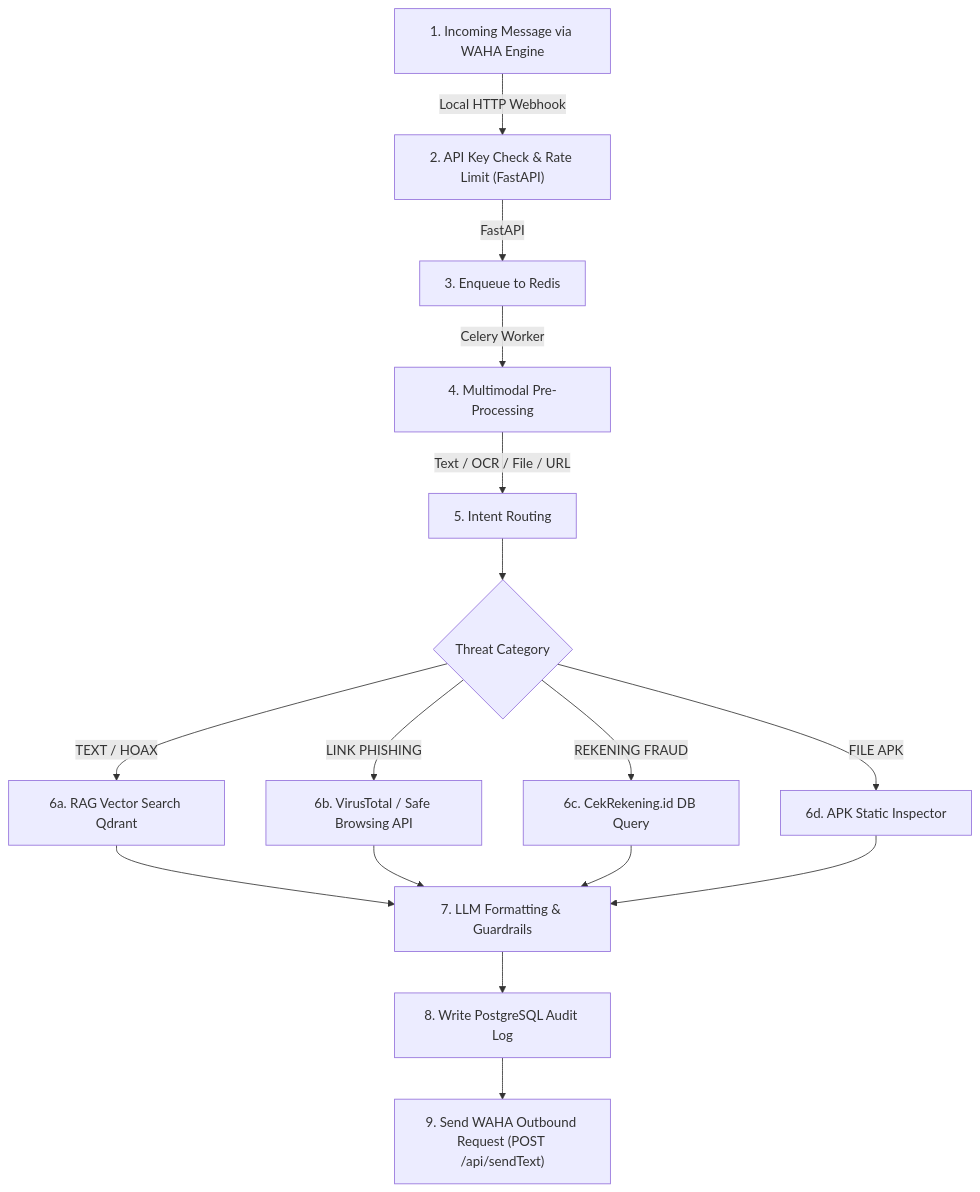
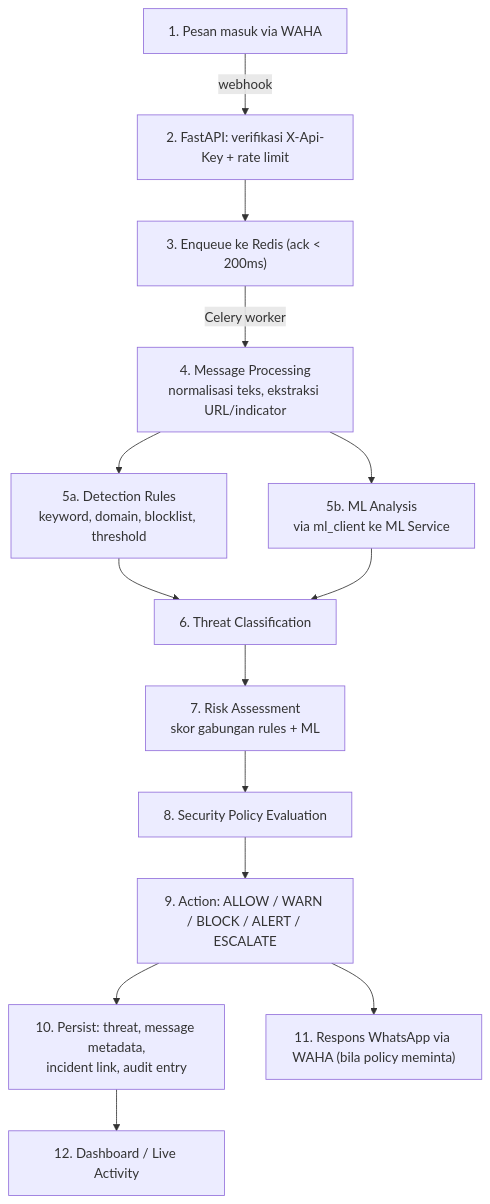
Before and after one commit to dendik-creation/jawara-bot-ai: the diagram in obsidian-docs/Gemastik 2026 - Software Dev/02_Architecture/02_Data_Pipeline.md, drawn with Mermaid. The commit also changed other lines of this file and 44 other files, not shown here.

````diff
--- a/obsidian-docs/Gemastik 2026 - Software Dev/02_Architecture/02_Data_Pipeline.md
+++ b/obsidian-docs/Gemastik 2026 - Software Dev/02_Architecture/02_Data_Pipeline.md
@@ -9,21 +35,16 @@
 ```mermaid
 flowchart TD
-    A["1. Incoming Message via WAHA Engine"] -->|Local HTTP Webhook| B["2. API Key Check & Rate Limit (FastAPI)"]
-    B -->|FastAPI| C["3. Enqueue to Redis"]
-    C -->|Celery Worker| D["4. Multimodal Pre-Processing"]
-    D -->|Text / OCR / File / URL| E["5. Intent Routing"]
-    E --> F{"Threat Category"}
-
-    F -- TEXT / HOAX --> G["6a. RAG Vector Search Qdrant"]
-    F -- LINK PHISHING --> G2["6b. VirusTotal / Safe Browsing API"]
-    F -- REKENING FRAUD --> G3["6c. CekRekening.id DB Query"]
-    F -- FILE APK --> G4["6d. APK Static Inspector"]
-
-    G --> H["7. LLM Formatting & Guardrails"]
-    G2 --> H
-    G3 --> H
-    G4 --> H
-
-    H --> I["8. Write PostgreSQL Audit Log"]
-    I --> J["9. Send WAHA Outbound Request (POST /api/sendText)"]
+    A["1. Pesan masuk via WAHA"] -->|webhook| B["2. FastAPI: verifikasi X-Api-Key + rate limit"]
+    B --> C["3. Enqueue ke Redis (ack < 200ms)"]
+    C -->|Celery worker| D["4. Message Processing<br/>normalisasi teks, ekstraksi URL/indicator"]
+    D --> E1["5a. Detection Rules<br/>keyword, domain, blocklist, threshold"]
+    D --> E2["5b. ML Analysis<br/>via ml_client ke ML Service"]
+    E1 --> F["6. Threat Classification"]
+    E2 --> F
+    F --> G["7. Risk Assessment<br/>skor gabungan rules + ML"]
+    G --> H["8. Security Policy Evaluation"]
+    H --> I["9. Action: ALLOW / WARN / BLOCK / ALERT / ESCALATE"]
+    I --> J["10. Persist: threat, message metadata,<br/>incident link, audit entry"]
+    I --> K["11. Respons WhatsApp via WAHA (bila policy meminta)"]
+    J --> L["12. Dashboard / Live Activity"]
 ```
````
